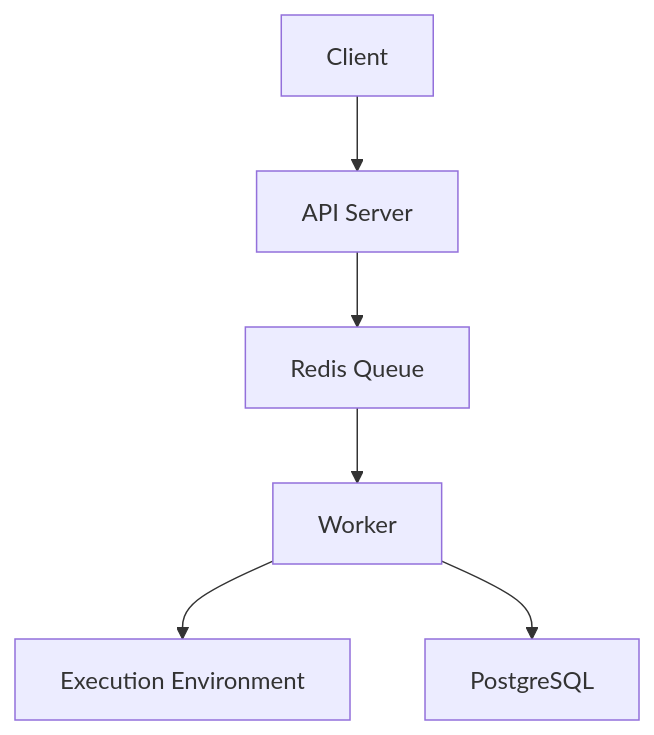
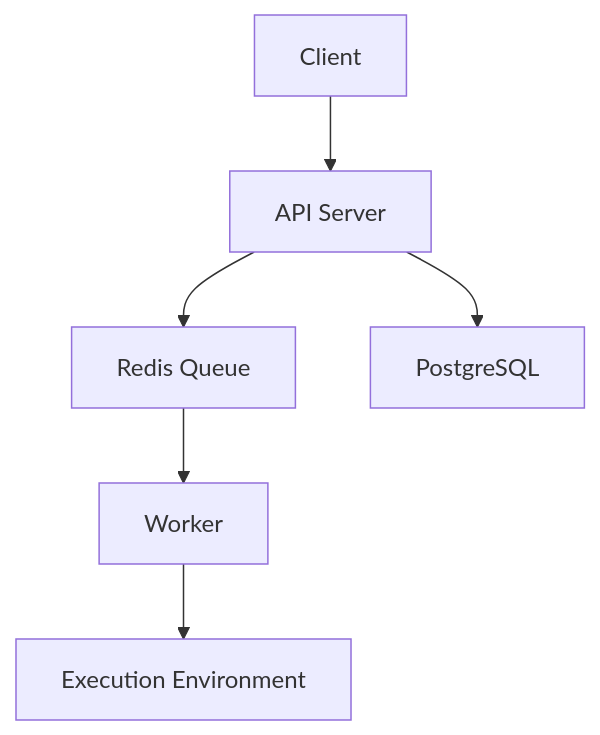
One commit to thlam05/Live-Coding-Execution changed the first of 2 diagrams in README.md. Above: the diagram before and after it, drawn with Mermaid.

Commit message:
Fix flow diagram connection to PostgreSQL

````diff
--- a/README.md
+++ b/README.md
@@ -111,8 +111,8 @@
 ``` mermaid
 graph TD
     A[Client] --> B[API Server]
     B --> C[Redis Queue]
     C --> D[Worker]
     D --> E[Execution Environment]
-    D --> F[PostgreSQL]
+    B --> F[PostgreSQL]
 ```
````
